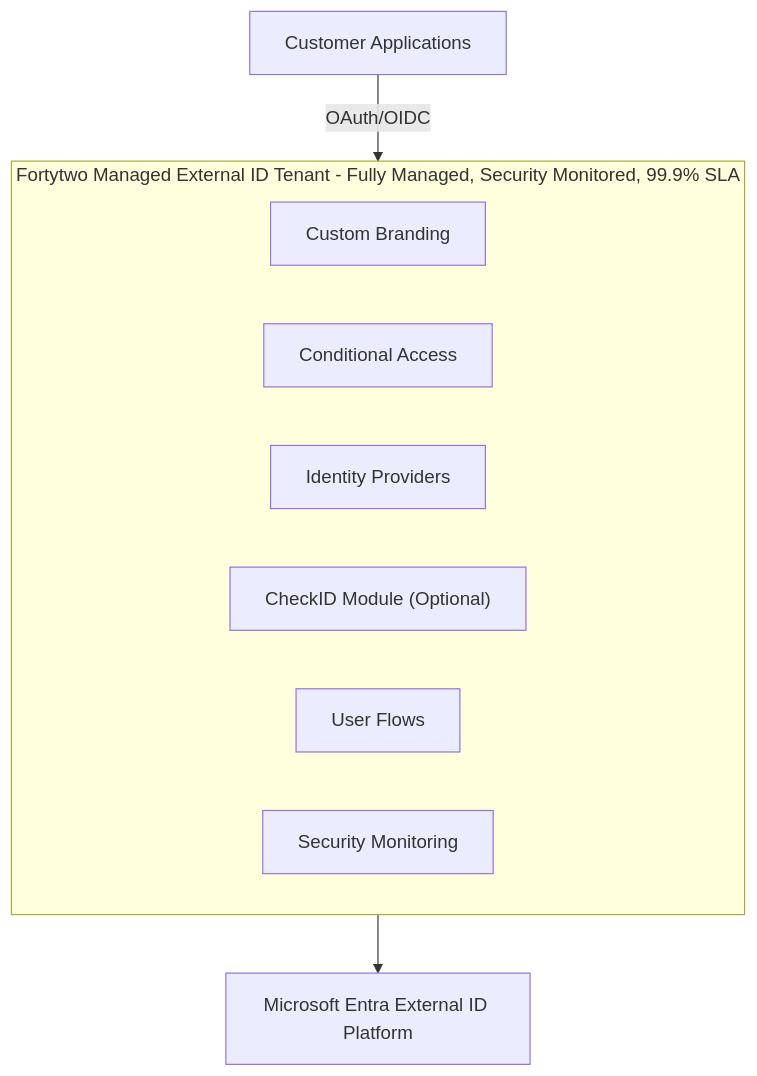
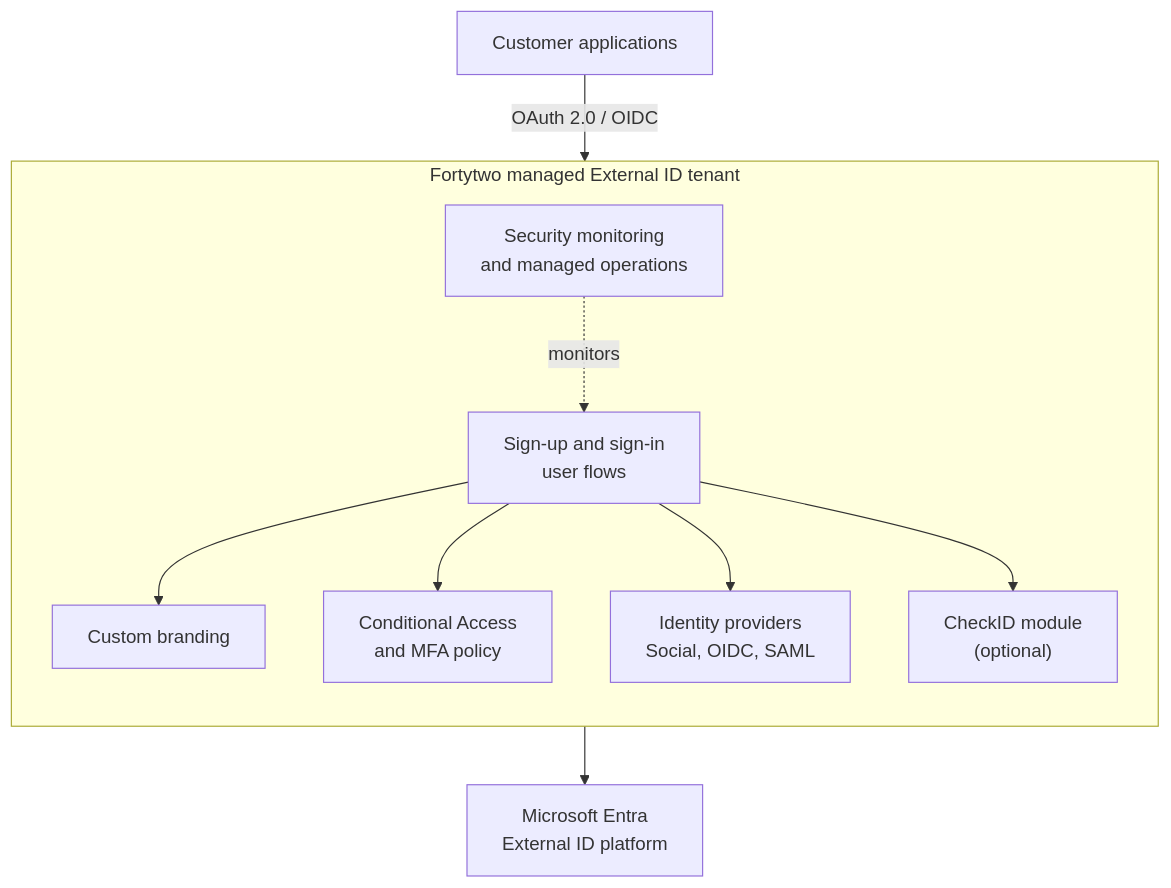
One commit to fortytwoservices/public-docs.fortytwo.io changed the first of 2 diagrams in docs/managed-identity-services/external-id/index.md. Above: the diagram before and after it, drawn with Mermaid. The commit also changed other lines of this file, not shown here.

````diff
--- a/docs/managed-identity-services/external-id/index.md
+++ b/docs/managed-identity-services/external-id/index.md
@@ -44,16 +44,23 @@
 ```mermaid
-flowchart TD
-    A["Customer Applications"] -->|"OAuth/OIDC"| B
+flowchart TB
+    App["Customer applications"]
+    Platform["Microsoft Entra<br/>External ID platform"]
 
-    subgraph B["Fortytwo Managed External ID Tenant - Fully Managed, Security Monitored, 99.9% SLA"]
-        direction LR
-        B1["Custom Branding"]
-        B2["Conditional Access"]
-        B3["Identity Providers"]
-        B4["CheckID Module (Optional)"]
-        B5["User Flows"]
-        B6["Security Monitoring"]
+    subgraph Tenant["Fortytwo managed External ID tenant"]
+        direction TB
+        Flows["Sign-up and sign-in<br/>user flows"]
+        Branding["Custom branding"]
+        Access["Conditional Access<br/>and MFA policy"]
+        Providers["Identity providers<br/>Social, OIDC, SAML"]
+        CheckID["CheckID module<br/>(optional)"]
+        Ops["Security monitoring<br/>and managed operations"]
     end
 
-    B --> C["Microsoft Entra External ID Platform"]
+    App -->|"OAuth 2.0 / OIDC"| Flows
+    Flows --> Branding
+    Flows --> Access
+    Flows --> Providers
+    Flows --> CheckID
+    Ops -. monitors .-> Flows
+    Flows --> Platform
 ```
````
